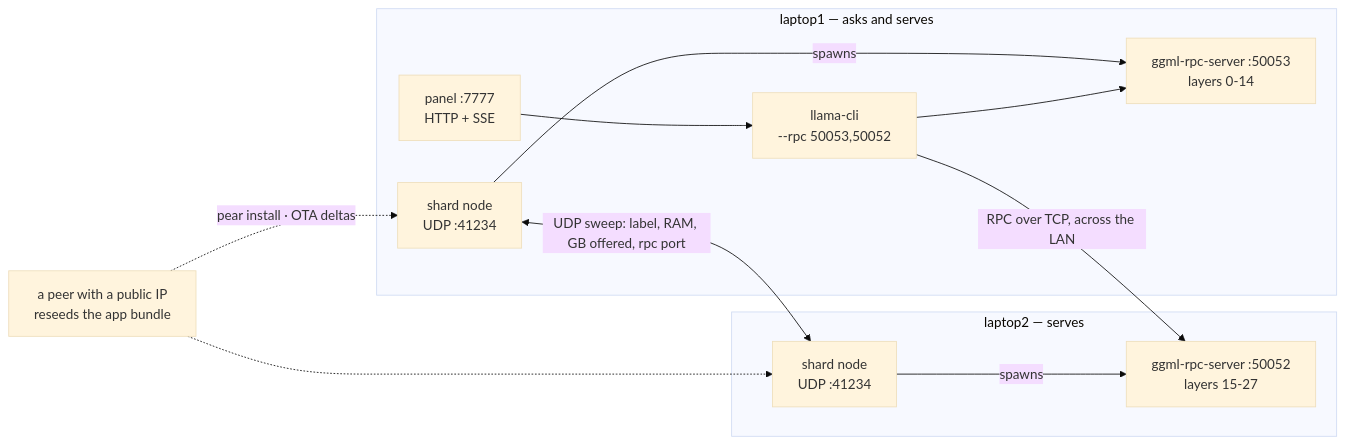
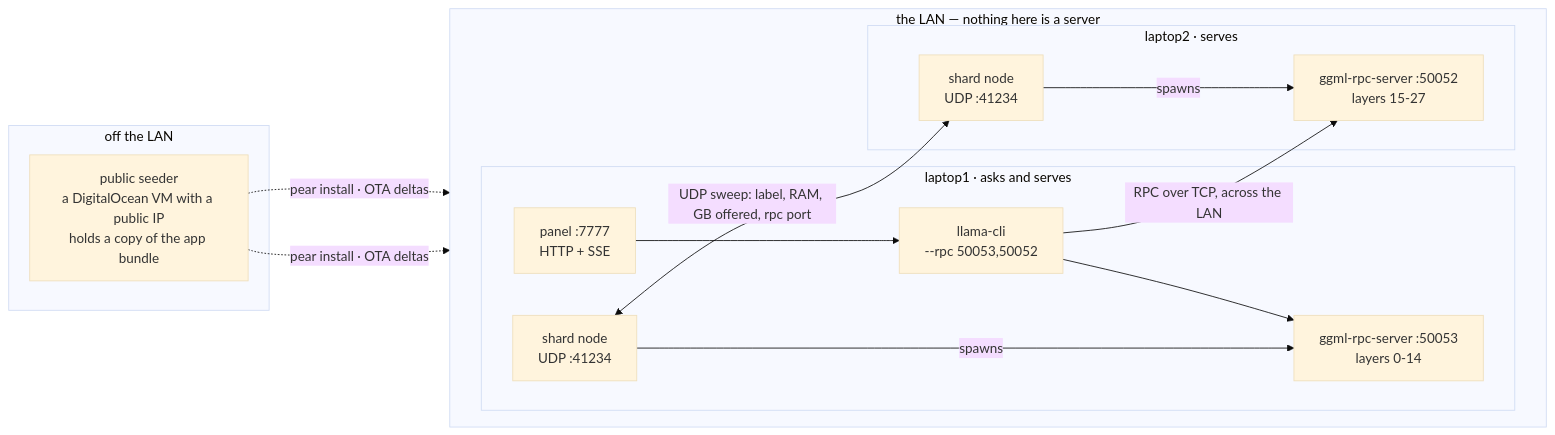
One commit to tomazzi14/shard-free changed the diagram in README.md. Above: the diagram before and after it, drawn with Mermaid (base theme). The commit also changed other lines of this file, not shown here.

Commit message:
Name the seeder in the diagram instead of leaving a floating box
It was drawn as an unlabelled node off to the side, which is the worst of both
worlds: visible but unexplained. It is now its own subgraph, off the LAN, named
for what it is — and the text says the dotted lines carry the app, never a
prompt and never a tensor.

````diff
--- a/README.md
+++ b/README.md
@@ -107,25 +107,29 @@
 ```mermaid
 flowchart LR
-  subgraph uno["laptop1 — asks and serves"]
-    panel["panel :7777<br/>HTTP + SSE"]
-    nodo1["shard node<br/>UDP :41234"]
-    cli["llama-cli<br/>--rpc 50053,50052"]
-    rpc1["ggml-rpc-server :50053<br/>layers 0-14"]
+  subgraph lan["the LAN — nothing here is a server"]
+    direction LR
+    subgraph uno["laptop1 · asks and serves"]
+      panel["panel :7777<br/>HTTP + SSE"]
+      nodo1["shard node<br/>UDP :41234"]
+      cli["llama-cli<br/>--rpc 50053,50052"]
+      rpc1["ggml-rpc-server :50053<br/>layers 0-14"]
+    end
+    subgraph dos["laptop2 · serves"]
+      nodo2["shard node<br/>UDP :41234"]
+      rpc2["ggml-rpc-server :50052<br/>layers 15-27"]
+    end
   end
 
-  subgraph dos["laptop2 — serves"]
-    nodo2["shard node<br/>UDP :41234"]
-    rpc2["ggml-rpc-server :50052<br/>layers 15-27"]
+  subgraph fuera["off the LAN"]
+    semilla["public seeder<br/>a DigitalOcean VM with a public IP<br/>holds a copy of the app bundle"]
   end
-
-  semilla["a peer with a public IP<br/>reseeds the app bundle"]
 
   nodo1 <-->|"UDP sweep: label, RAM, GB offered, rpc port"| nodo2
   nodo1 -->|spawns| rpc1
   nodo2 -->|spawns| rpc2
   panel --> cli
   cli --> rpc1
   cli -->|"RPC over TCP, across the LAN"| rpc2
   semilla -.->|"pear install · OTA deltas"| nodo1
-  semilla -.-> nodo2
+  semilla -.->|"pear install · OTA deltas"| nodo2
 ```
````
